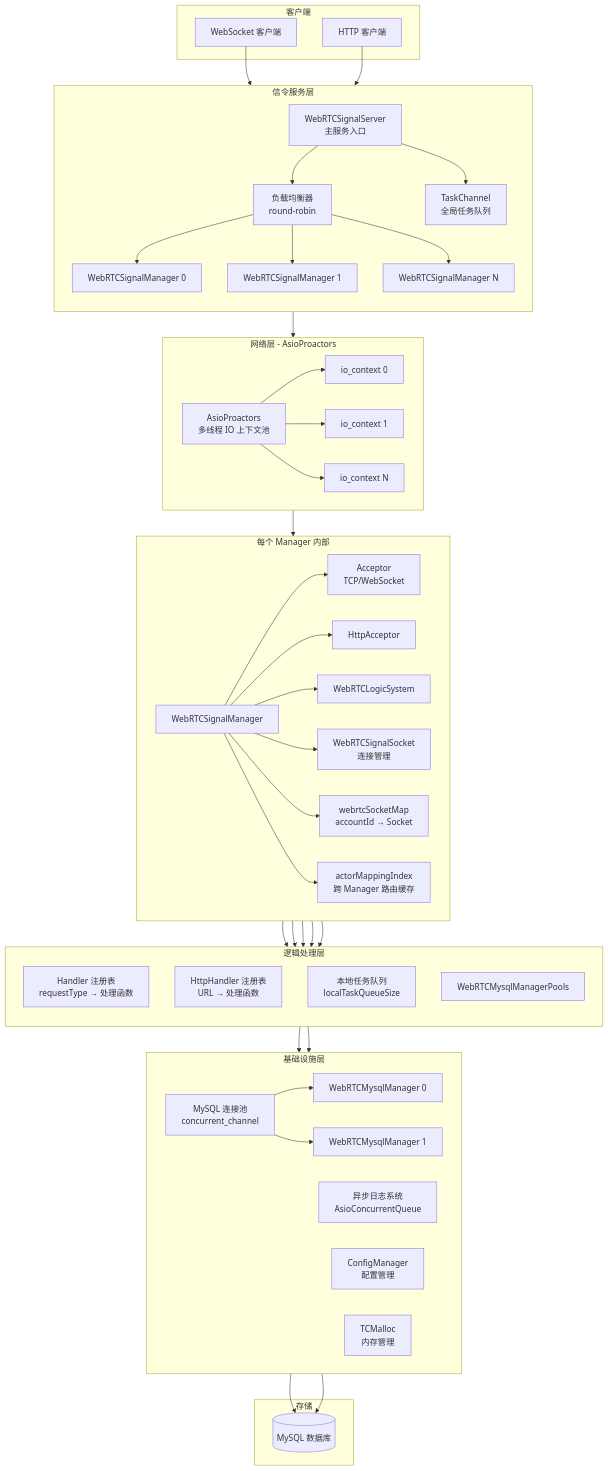
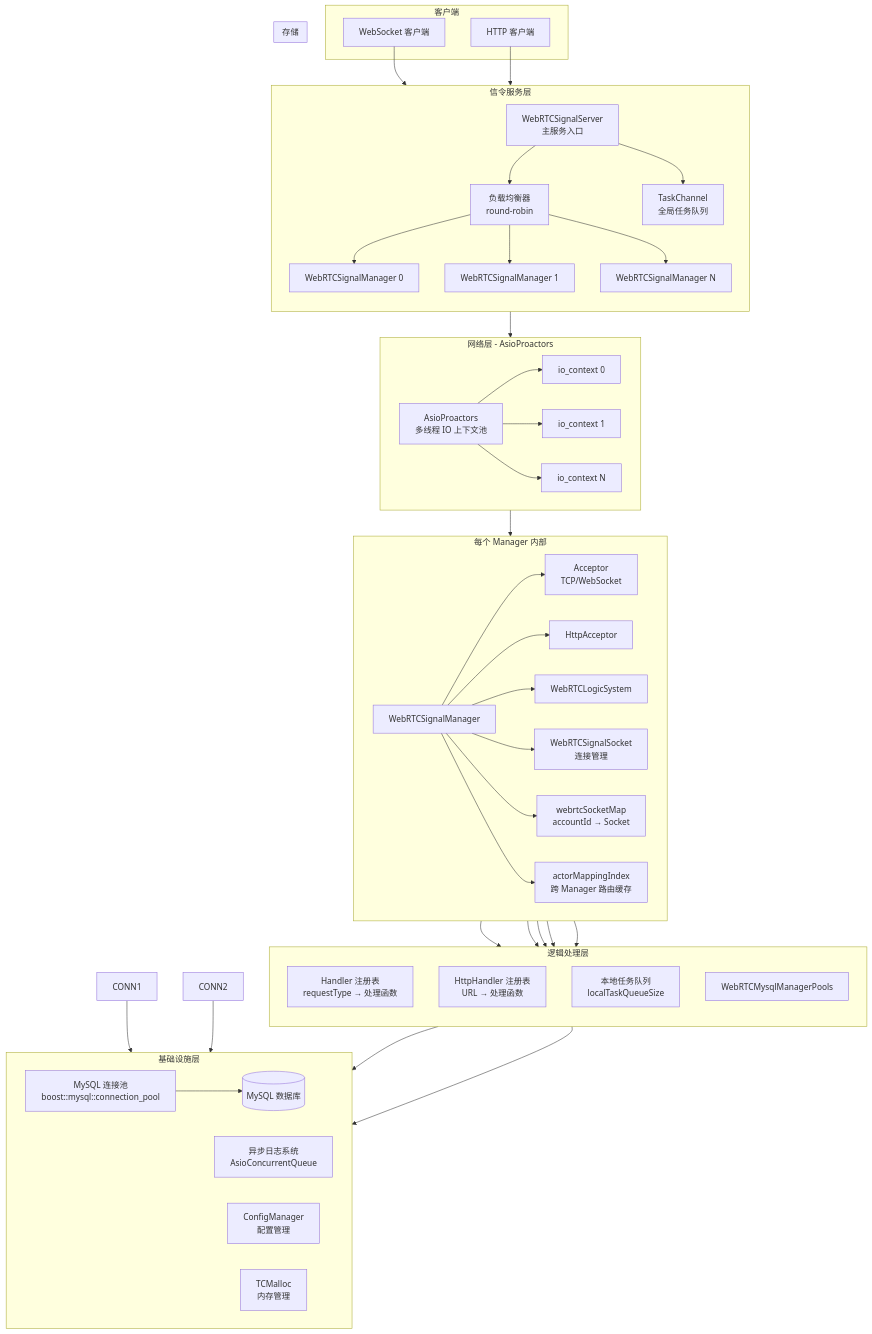
The first of 5 diagrams in webrtc-signal-server.md (HopeTiga/HopeDesk), drawn with Mermaid before and after one commit.

````diff
--- a/webrtc-signal-server.md
+++ b/webrtc-signal-server.md
@@ -5,69 +5,68 @@
 ```mermaid
 graph TB
     subgraph Client["客户端"]
         WS["WebSocket 客户端"]
         HTTP["HTTP 客户端"]
     end
 
     subgraph Network["网络层 - AsioProactors"]
         direction LR
         AP["AsioProactors<br/>多线程 IO 上下文池"]
         AP --> IOC1["io_context 0"]
         AP --> IOC2["io_context 1"]
         AP --> IOCn["io_context N"]
     end
 
     subgraph Server["信令服务层"]
         direction TB
         WSS["WebRTCSignalServer<br/>主服务入口"]
         WSS --> LB["负载均衡器<br/>round-robin"]
         WSS --> QC["TaskChannel<br/>全局任务队列"]
         
         LB --> MGR1["WebRTCSignalManager 0"]
         LB --> MGR2["WebRTCSignalManager 1"]
         LB --> MGRn["WebRTCSignalManager N"]
     end
 
     subgraph Manager["每个 Manager 内部"]
         direction LR
         MGR["WebRTCSignalManager"]
         MGR --> ACC["Acceptor<br/>TCP/WebSocket"]
         MGR --> HTTPACC["HttpAcceptor"]
         MGR --> LS["WebRTCLogicSystem"]
         MGR --> SOCK["WebRTCSignalSocket<br/>连接管理"]
         MGR --> MAP["webrtcSocketMap<br/>accountId → Socket"]
         MGR --> ROUTE["actorMappingIndex<br/>跨 Manager 路由缓存"]
     end
 
     subgraph Logic["逻辑处理层"]
         direction TB
         LS --> HANDLERS["Handler 注册表<br/>requestType → 处理函数"]
         LS --> HTTPHANDLERS["HttpHandler 注册表<br/>URL → 处理函数"]
         LS --> TASKQ["本地任务队列<br/>localTaskQueueSize"]
         LS --> MYSQL["WebRTCMysqlManagerPools"]
     end
 
     subgraph Infra["基础设施层"]
         direction LR
-        MYSQL --> POOL["MySQL 连接池<br/>concurrent_channel"]
-        POOL --> CONN1["WebRTCMysqlManager 0"]
-        POOL --> CONN2["WebRTCMysqlManager 1"]
+        MYSQL --> POOL["MySQL 连接池<br/>boost::mysql::connection_pool"]
+        POOL --> DB[("MySQL 数据库")]
         
         LOG["异步日志系统<br/>AsioConcurrentQueue"]
         CFG["ConfigManager<br/>配置管理"]
         TCMALLOC["TCMalloc<br/>内存管理"]
     end
 
     subgraph Storage["存储"]
         DB[("MySQL 数据库")]
     end
 
     WS --> WSS
     HTTP --> WSS
     WSS --> AP
     AP --> Manager
     Manager --> Logic
     Logic --> Infra
     CONN1 --> DB
     CONN2 --> DB
 ```
````
